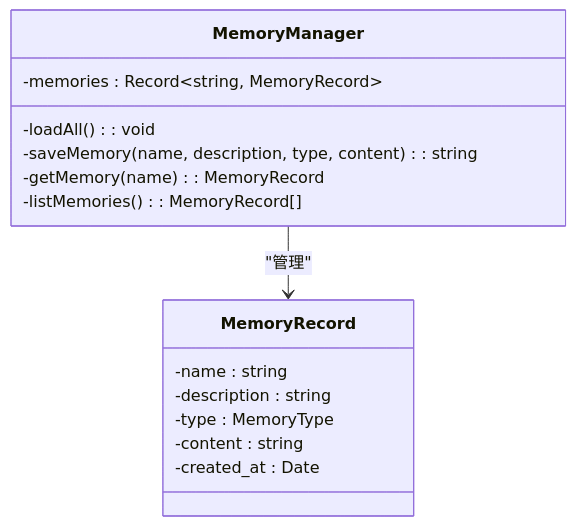
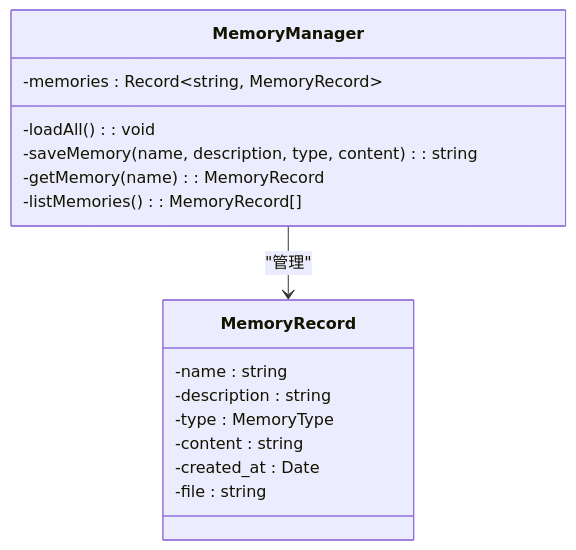
The ninth of 14 diagrams in .qoder/repowiki/zh/content/渐进式学习教程/渐进式学习教程.md (eurekaYYzero/Mini-Claude-Code), drawn with Mermaid before and after one commit. The commit also changed other lines of this file and 5 other files, not shown here.

````diff
--- a/.qoder/repowiki/zh/content/渐进式学习教程/渐进式学习教程.md
+++ b/.qoder/repowiki/zh/content/渐进式学习教程/渐进式学习教程.md
@@ -468,18 +501,19 @@
 ```mermaid
 classDiagram
 class MemoryManager {
 -memories : Record~string, MemoryRecord~
 -loadAll() : void
 -saveMemory(name, description, type, content) : string
 -getMemory(name) : MemoryRecord
 -listMemories() : MemoryRecord[]
 }
 class MemoryRecord {
 -name : string
 -description : string
 -type : MemoryType
 -content : string
 -created_at : Date
+-file : string
 }
 MemoryManager --> MemoryRecord : "管理"
 ```
````
